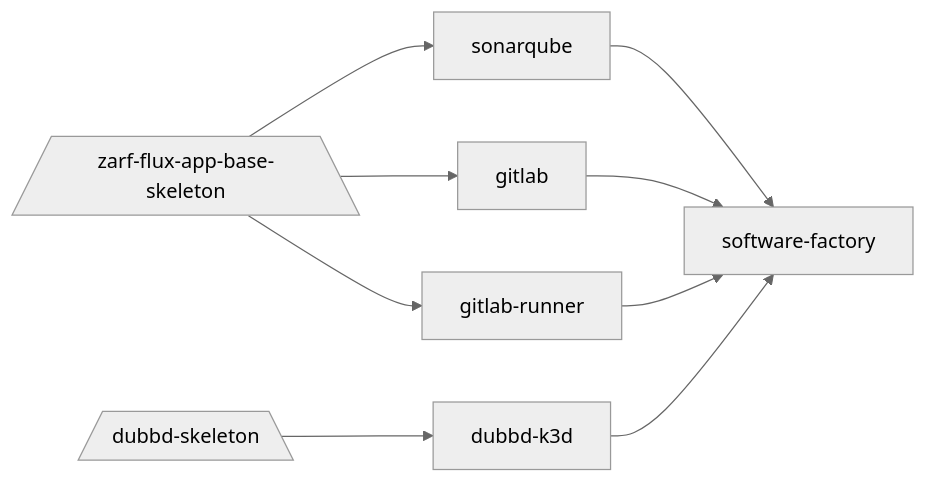
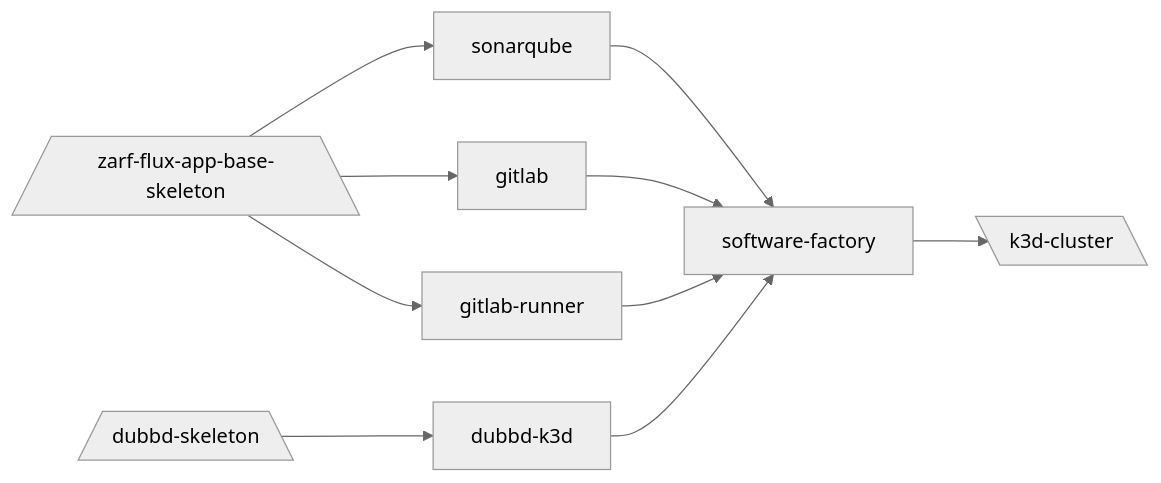
One commit to anthonywendt/uds-software-factory-playground changed the diagram in README.md. Above: the diagram before and after it, drawn with Mermaid (neutral theme).

Commit message:
Makefile diagram update

````diff
--- a/README.md
+++ b/README.md
@@ -11,15 +11,17 @@
 ```mermaid
 graph LR;
   skel1[/zarf-flux-app-base-skeleton\]
   skel2[/dubbd-skeleton\]
 
   skel2 --> dubbd-k3d
   skel1 --> gitlab
   skel1 --> gitlab-runner
   skel1 --> sonarqube
 
   sonarqube --> software-factory
   gitlab --> software-factory
   gitlab-runner --> software-factory
   dubbd-k3d --> software-factory
+
+  software-factory --> k3d-cluster[\k3d-cluster\]
 ```
````
